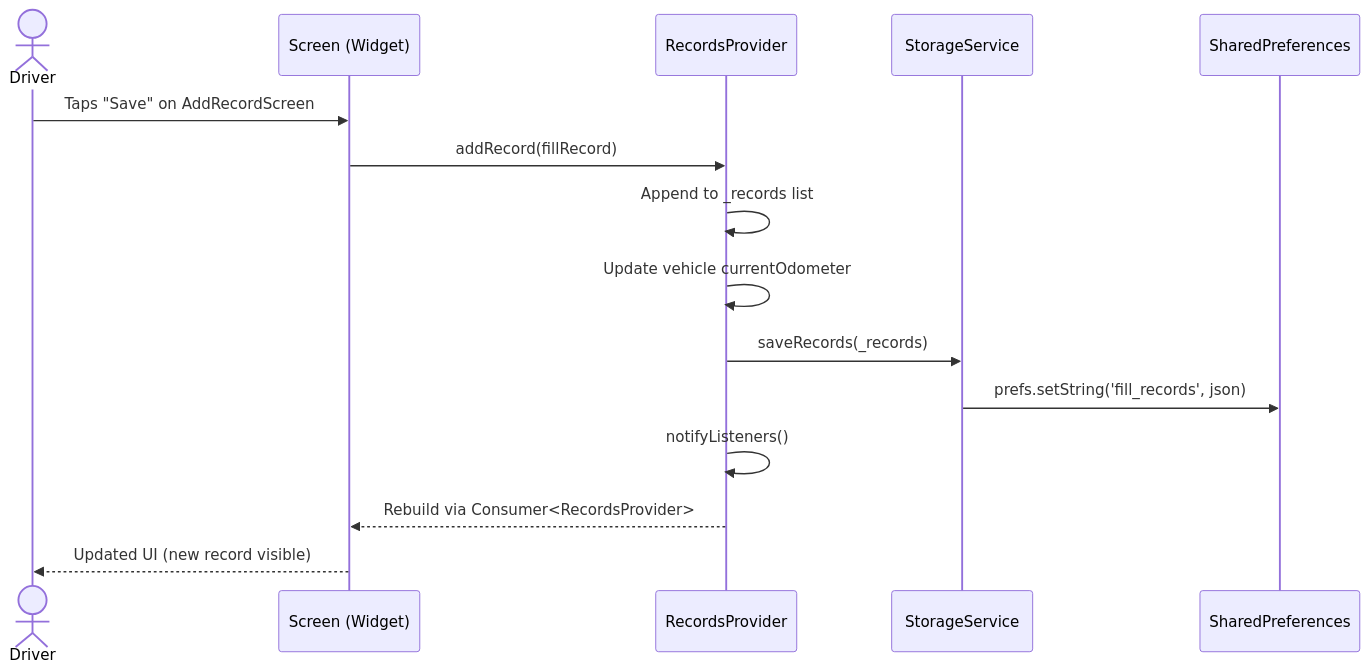
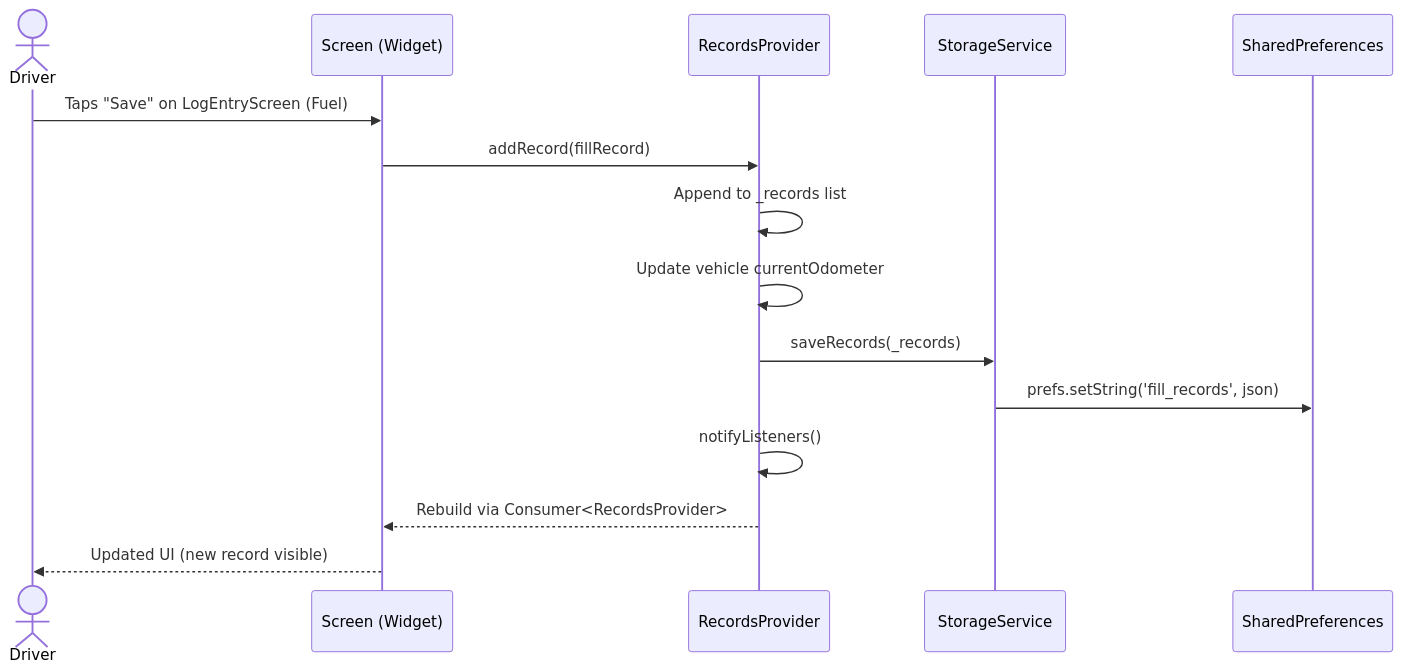
The seventh of 11 diagrams in docs/ARCHITECTURE.md (neotamizhan/petrol_log), drawn with Mermaid before and after one commit. The commit also changed other lines of this file and 21 other files, not shown here.

First line of the commit message:
Unify fuel and maintenance entry into one Log screen

````diff
--- a/docs/ARCHITECTURE.md
+++ b/docs/ARCHITECTURE.md
@@ -254,18 +252,18 @@
 ```mermaid
 sequenceDiagram
   actor Driver
   participant Screen as Screen (Widget)
   participant Provider as RecordsProvider
   participant Storage as StorageService
   participant Prefs as SharedPreferences
 
-  Driver->>Screen: Taps "Save" on AddRecordScreen
+  Driver->>Screen: Taps "Save" on LogEntryScreen (Fuel)
   Screen->>Provider: addRecord(fillRecord)
   Provider->>Provider: Append to _records list
   Provider->>Provider: Update vehicle currentOdometer
   Provider->>Storage: saveRecords(_records)
   Storage->>Prefs: prefs.setString('fill_records', json)
   Provider->>Provider: notifyListeners()
   Provider-->>Screen: Rebuild via Consumer<RecordsProvider>
   Screen-->>Driver: Updated UI (new record visible)
 ```
````
